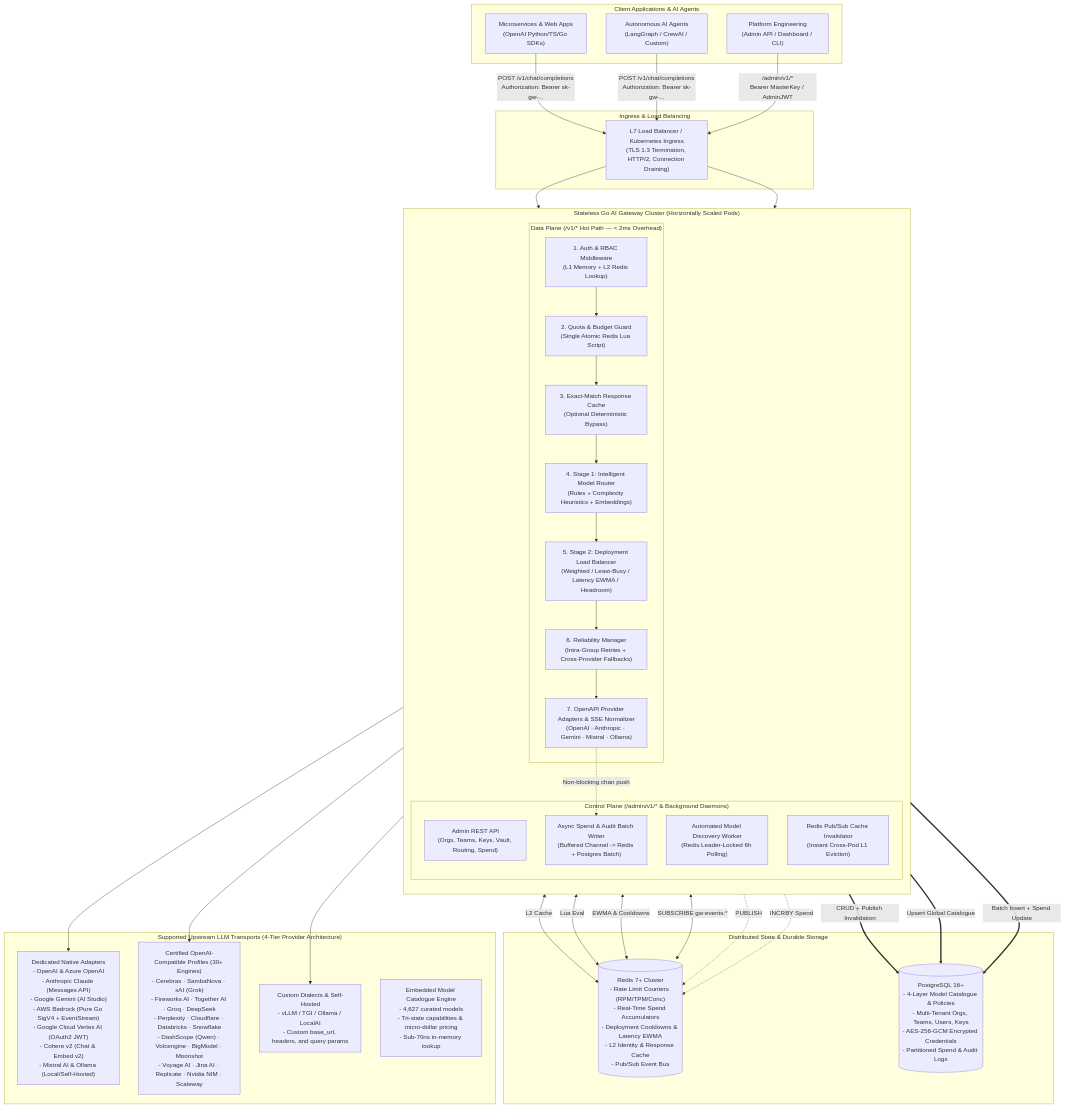
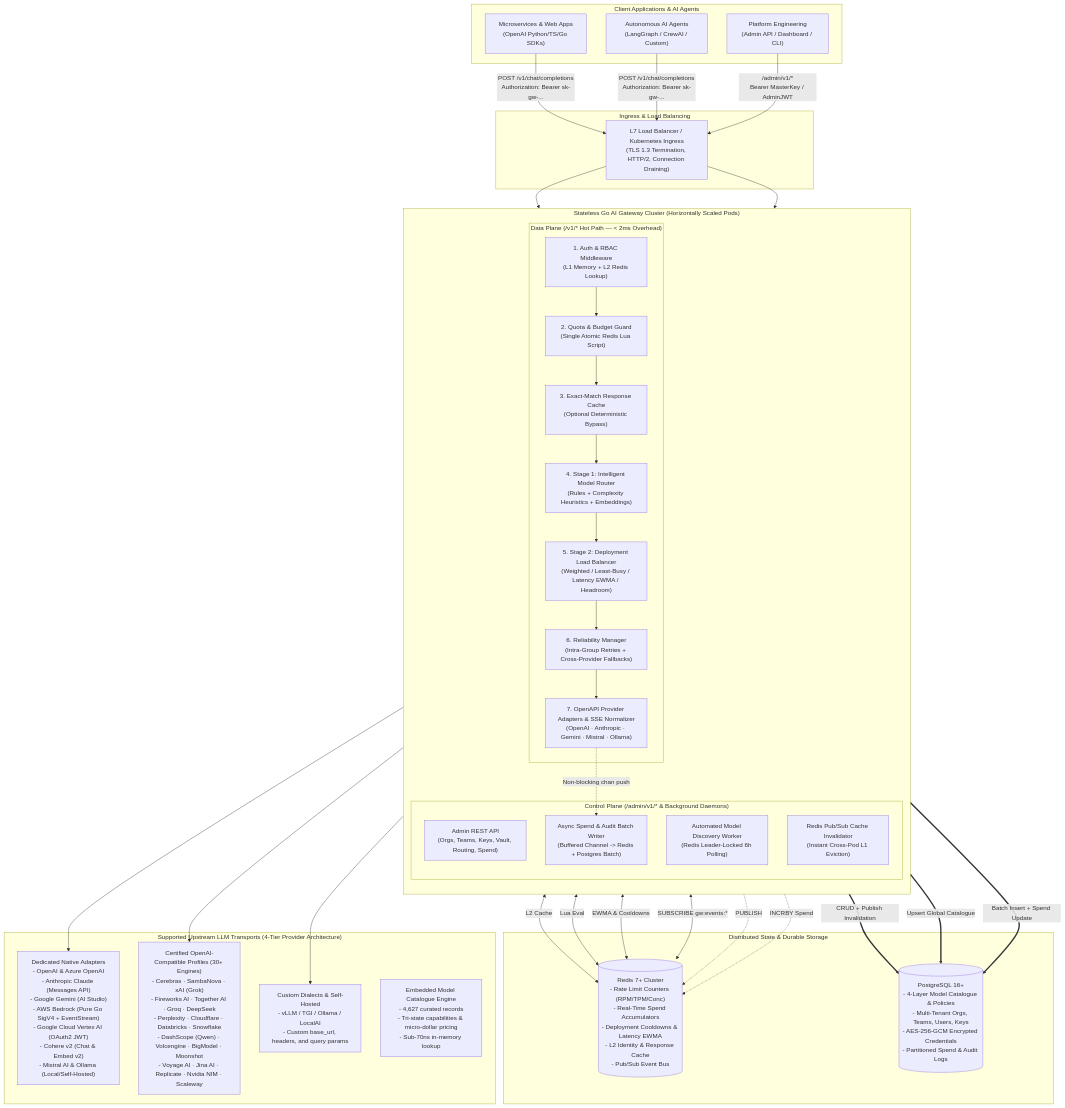
One commit to goroute-ai/ai-gateway-go changed the first of 6 diagrams in docs/ARCHITECTURE.md. Above: the diagram before and after it, drawn with Mermaid. The commit also changed other lines of this file and 77 other files, not shown here.

````diff
--- a/docs/ARCHITECTURE.md
+++ b/docs/ARCHITECTURE.md
@@ -109,64 +109,64 @@
 ```mermaid
 flowchart TB
     subgraph Clients["Client Applications & AI Agents"]
         App1["Microservices & Web Apps\n(OpenAI Python/TS/Go SDKs)"]
         App2["Autonomous AI Agents\n(LangGraph / CrewAI / Custom)"]
         Admin["Platform Engineering\n(Admin API / Dashboard / CLI)"]
     end
 
     subgraph Edge["Ingress & Load Balancing"]
         LB["L7 Load Balancer / Kubernetes Ingress\n(TLS 1.3 Termination, HTTP/2, Connection Draining)"]
     end
 
     subgraph Cluster["Stateless Go AI Gateway Cluster (Horizontally Scaled Pods)"]
         direction TB
         subgraph DataPlane["Data Plane (/v1/* Hot Path — < 2ms Overhead)"]
             AuthMW["1. Auth & RBAC Middleware\n(L1 Memory + L2 Redis Lookup)"]
             RateLimitMW["2. Quota & Budget Guard\n(Single Atomic Redis Lua Script)"]
             RespCache["3. Exact-Match Response Cache\n(Optional Deterministic Bypass)"]
             Stage1Router["4. Stage 1: Intelligent Model Router\n(Rules + Complexity Heuristics + Embeddings)"]
             Stage2LB["5. Stage 2: Deployment Load Balancer\n(Weighted / Least-Busy / Latency EWMA / Headroom)"]
             Reliability["6. Reliability Manager\n(Intra-Group Retries + Cross-Provider Fallbacks)"]
             AdapterLayer["7. OpenAPI Provider Adapters & SSE Normalizer\n(OpenAI · Anthropic · Gemini · Mistral · Ollama)"]
         end
 
         subgraph ControlPlane["Control Plane (/admin/v1/* & Background Daemons)"]
             AdminAPI["Admin REST API\n(Orgs, Teams, Keys, Vault, Routing, Spend)"]
             DiscoveryWorker["Automated Model Discovery Worker\n(Redis Leader-Locked 6h Polling)"]
             SpendWorker["Async Spend & Audit Batch Writer\n(Buffered Channel -> Redis + Postgres Batch)"]
             PubSubInvalidator["Redis Pub/Sub Cache Invalidator\n(Instant Cross-Pod L1 Eviction)"]
         end
     end
 
     subgraph BackingStores["Distributed State & Durable Storage"]
         Redis[("Redis 7+ Cluster\n- Rate Limit Counters (RPM/TPM/Conc)\n- Real-Time Spend Accumulators\n- Deployment Cooldowns & Latency EWMA\n- L2 Identity & Response Cache\n- Pub/Sub Event Bus")]
         Postgres[("PostgreSQL 16+\n- 4-Layer Model Catalogue & Policies\n- Multi-Tenant Orgs, Teams, Users, Keys\n- AES-256-GCM Encrypted Credentials\n- Partitioned Spend & Audit Logs")]
     end
 
     subgraph Upstreams["Supported Upstream LLM Transports (4-Tier Provider Architecture)"]
         Native["Dedicated Native Adapters\n- OpenAI & Azure OpenAI\n- Anthropic Claude (Messages API)\n- Google Gemini (AI Studio)\n- AWS Bedrock (Pure Go SigV4 + EventStream)\n- Google Cloud Vertex AI (OAuth2 JWT)\n- Cohere v2 (Chat & Embed v2)\n- Mistral AI & Ollama (Local/Self-Hosted)"]
         CompatProfiles["Certified OpenAI-Compatible Profiles (30+ Engines)\n- Cerebras · SambaNova · xAI (Grok)\n- Fireworks AI · Together AI · Groq · DeepSeek\n- Perplexity · Cloudflare · Databricks · Snowflake\n- DashScope (Qwen) · Volcengine · BigModel · Moonshot\n- Voyage AI · Jina AI · Replicate · Nvidia NIM · Scaleway"]
         CustomDialect["Custom Dialects & Self-Hosted\n- vLLM / TGI / Ollama / LocalAI\n- Custom base_url, headers, and query params"]
-        CatalogEngine["Embedded Model Catalogue Engine\n- 4,627 curated models\n- Tri-state capabilities & micro-dollar pricing\n- Sub-70ns in-memory lookup"]
+        CatalogEngine["Embedded Model Catalogue Engine\n- 4,627 curated records\n- Tri-state capabilities & micro-dollar pricing\n- Sub-70ns in-memory lookup"]
     end
 
     App1 & App2 -->|"POST /v1/chat/completions\nAuthorization: Bearer sk-gw-..."| LB
     Admin -->|" /admin/v1/*\nBearer MasterKey / AdminJWT"| LB
     LB --> AuthMW
     LB --> AdminAPI
 
     AuthMW --> RateLimitMW --> RespCache --> Stage1Router --> Stage2LB --> Reliability --> AdapterLayer
     AdapterLayer -.->|"Non-blocking chan push"| SpendWorker
 
     AuthMW <-->|"L2 Cache"| Redis
     RateLimitMW <-->|"Lua Eval"| Redis
     Stage2LB <-->|"EWMA & Cooldowns"| Redis
     PubSubInvalidator <-->|"SUBSCRIBE gw:events:*"| Redis
     AdminAPI ==>|"CRUD + Publish Invalidation"| Postgres
     AdminAPI -.->|"PUBLISH"| Redis
     DiscoveryWorker ==>|"Upsert Global Catalogue"| Postgres
     SpendWorker ==>|"Batch Insert + Spend Update"| Postgres
     SpendWorker -.->|"INCRBY Spend"| Redis
 
     AdapterLayer --> Native & CompatProfiles & CustomDialect
 ```
````
